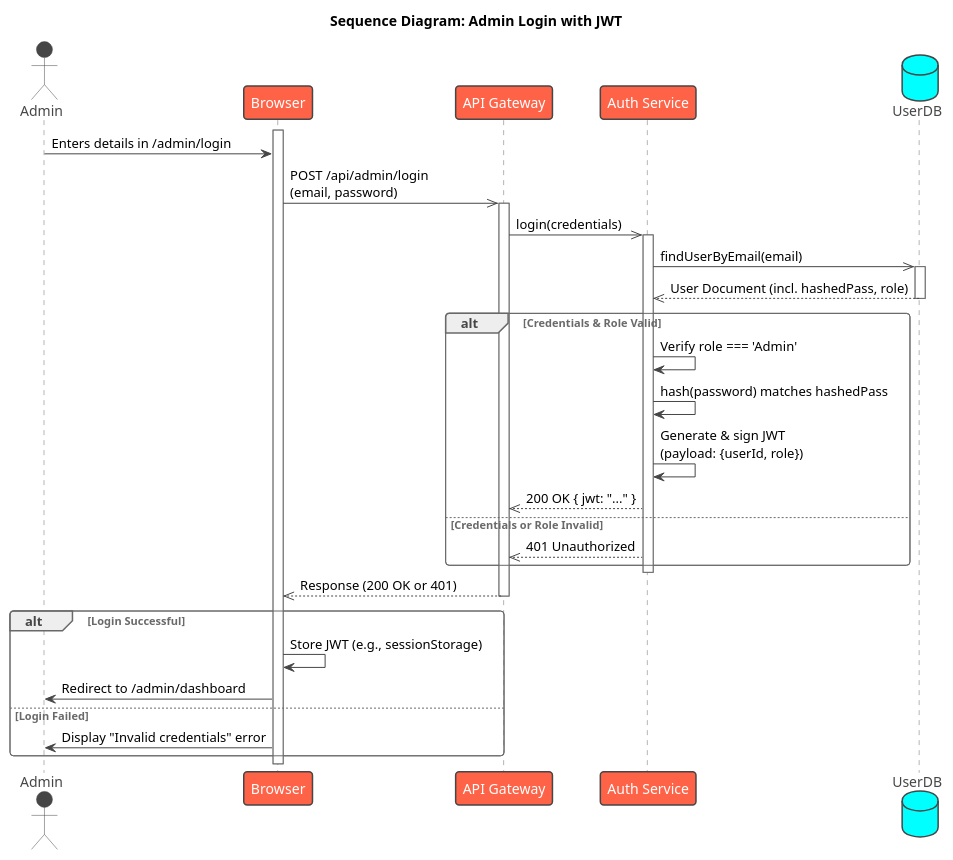
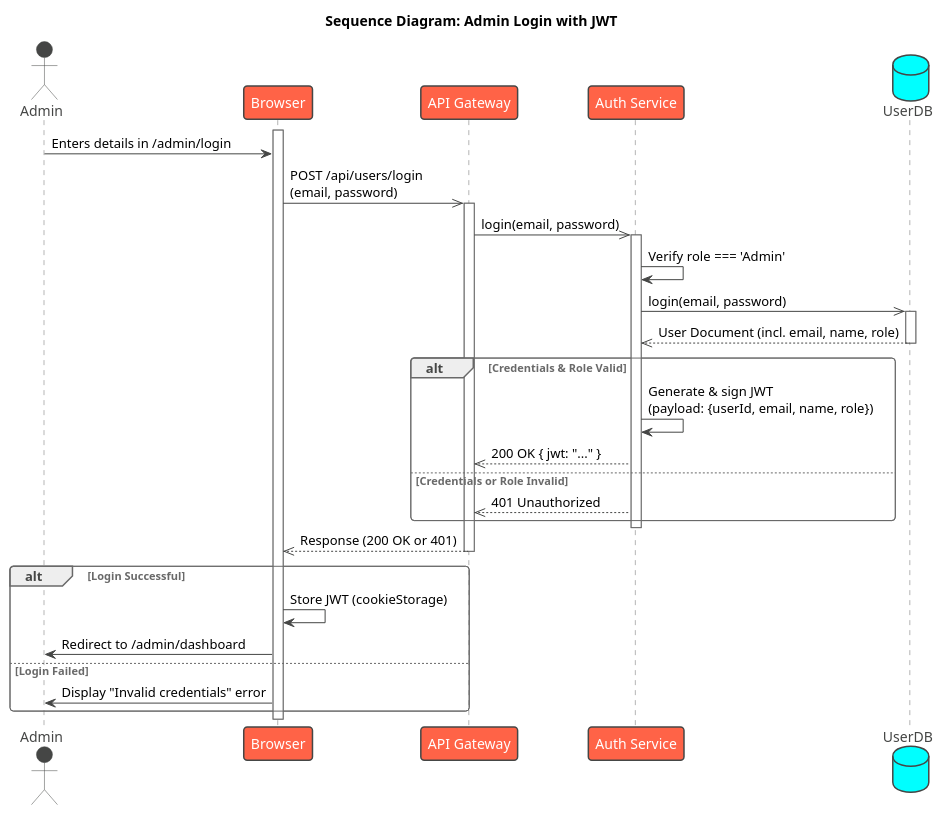
Before and after one commit to Arado3333/PageByPage_Israel_Arad: the diagram in UML/Sequences/Admin/AdminLoginSeq.puml, drawn with PlantUML. The commit also changed 13 other files, not shown here.

```diff
--- a/UML/Sequences/Admin/AdminLoginSeq.puml
+++ b/UML/Sequences/Admin/AdminLoginSeq.puml
@@ -1,48 +1,47 @@
 @startuml
 !theme vibrant
 
 title Sequence Diagram: Admin Login with JWT
 
 actor Admin
 participant Browser
 participant "API Gateway" as Gateway
 participant "Auth Service" as AuthService
 database "UserDB"
 
 activate Browser
 Admin -> Browser : Enters details in /admin/login
-Browser ->> Gateway : POST /api/admin/login\n(email, password)
+Browser ->> Gateway : POST /api/users/login\n(email, password)
 activate Gateway
 
-Gateway ->> AuthService : login(credentials)
+Gateway ->> AuthService : login(email, password)
 activate AuthService
 
-AuthService ->> UserDB : findUserByEmail(email)
+AuthService -> AuthService : Verify role === 'Admin'
+AuthService ->> UserDB : login(email, password)
 activate UserDB
-UserDB -->> AuthService : User Document (incl. hashedPass, role)
+UserDB -->> AuthService : User Document (incl. email, name, role)
 deactivate UserDB
 
 alt Credentials & Role Valid
-    AuthService -> AuthService : Verify role === 'Admin'
-    AuthService -> AuthService : hash(password) matches hashedPass
 
-    AuthService -> AuthService : Generate & sign JWT\n(payload: {userId, role})
+    AuthService -> AuthService : Generate & sign JWT\n(payload: {userId, email, name, role})
     AuthService -->> Gateway : 200 OK { jwt: "..." }
 else Credentials or Role Invalid
     AuthService -->> Gateway : 401 Unauthorized
 end
 
 deactivate AuthService
 
 Gateway -->> Browser : Response (200 OK or 401)
 deactivate Gateway
 
 alt Login Successful
-    Browser -> Browser : Store JWT (e.g., sessionStorage)
+    Browser -> Browser : Store JWT (cookieStorage)
     Browser -> Admin : Redirect to /admin/dashboard
 else Login Failed
     Browser -> Admin : Display "Invalid credentials" error
 end
 
 
 @enduml
```
